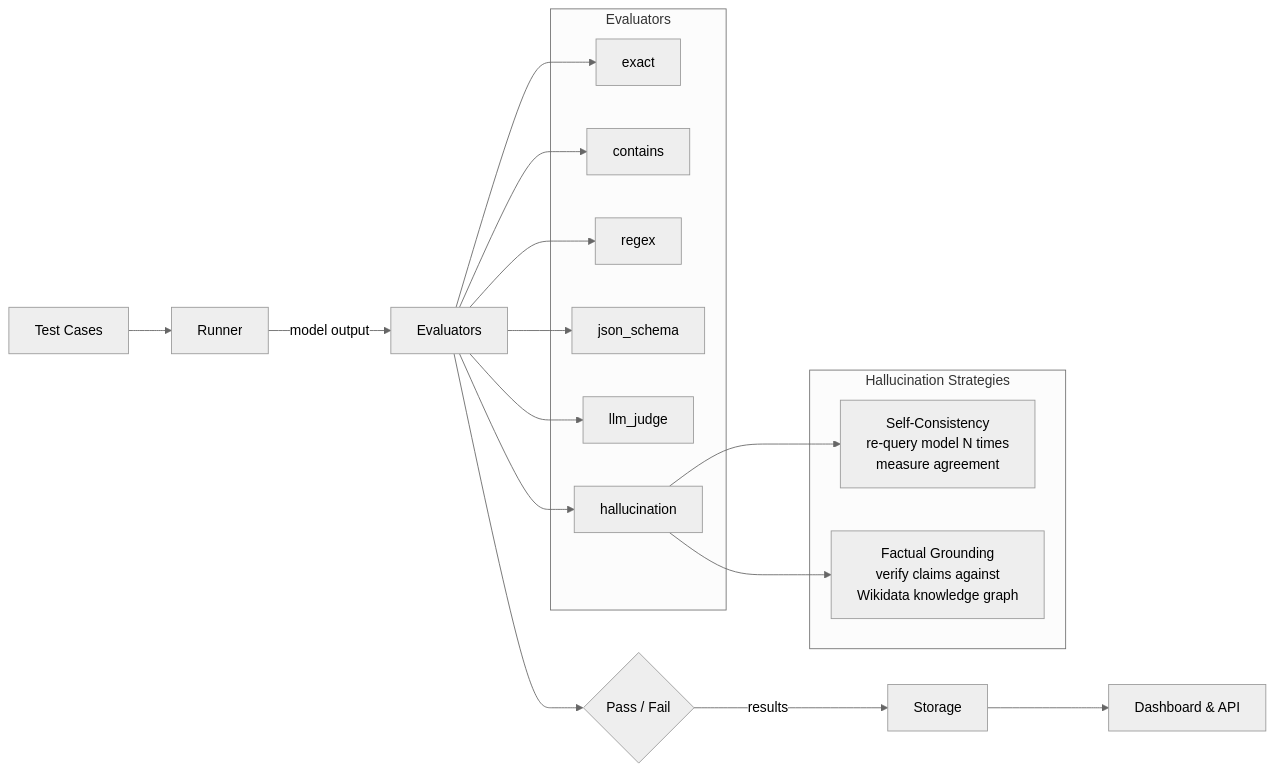
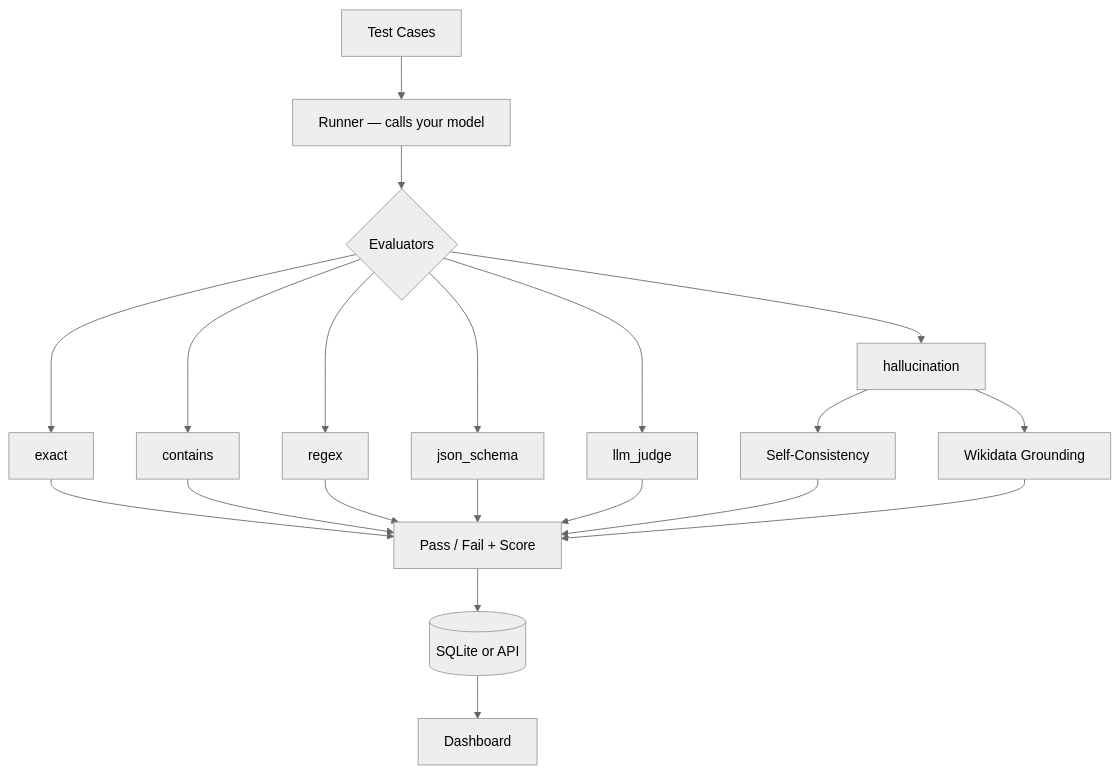
Before and after one commit to KamalasankariS/ModelProbe: the diagram in README.md, drawn with Mermaid (neutral theme). The commit also changed other lines of this file and 3 other files, not shown here.

````diff
--- a/README.md
+++ b/README.md
@@ -14,25 +15,16 @@
 ```mermaid
-flowchart LR
-    A[Test Cases] --> B[Runner]
-    B -->|model output| C[Evaluators]
-    C --> D{Pass / Fail}
-    D -->|results| E[Storage]
-    E --> F[Dashboard & API]
-
-    subgraph Evaluators
-        C1[exact]
-        C2[contains]
-        C3[regex]
-        C4[json_schema]
-        C5[llm_judge]
-        C6[hallucination]
-    end
-
-    subgraph Hallucination Strategies
-        H1[Self-Consistency\nre-query model N times\nmeasure agreement]
-        H2[Factual Grounding\nverify claims against\nWikidata knowledge graph]
-    end
-
-    C --> C1 & C2 & C3 & C4 & C5 & C6
-    C6 --> H1 & H2
+flowchart TD
+    A[Test Cases] --> B[Runner — calls your model]
+    B --> C{Evaluators}
+    C --> C1[exact]
+    C --> C2[contains]
+    C --> C3[regex]
+    C --> C4[json_schema]
+    C --> C5[llm_judge]
+    C --> C6[hallucination]
+    C6 --> H1[Self-Consistency]
+    C6 --> H2[Wikidata Grounding]
+    C1 & C2 & C3 & C4 & C5 & H1 & H2 --> D[Pass / Fail + Score]
+    D --> E[(SQLite or API)]
+    E --> F[Dashboard]
 ```
````
